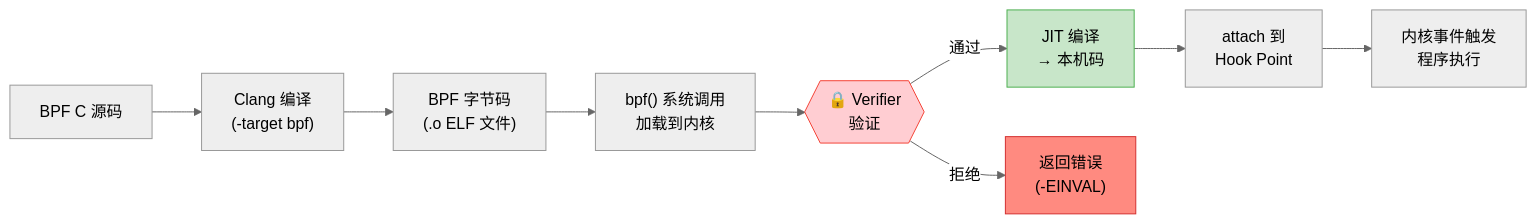
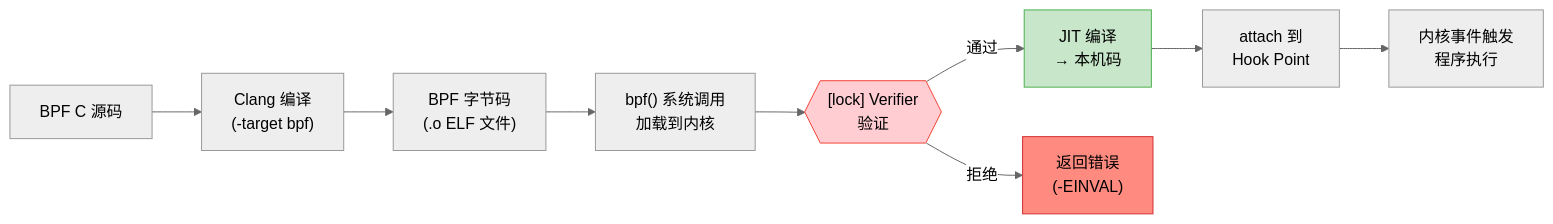
The second of 5 diagrams in docs/guide/ops/ebpf-networking.md (SKT-Shurima/NetworkMastery), drawn with Mermaid (neutral theme) before and after one commit. The commit also changed other lines of this file and 54 other files, not shown here.

````diff
--- a/docs/guide/ops/ebpf-networking.md
+++ b/docs/guide/ops/ebpf-networking.md
@@ -127,15 +127,15 @@
 ```mermaid
 flowchart LR
     SRC["BPF C 源码"] --> CLANG["Clang 编译<br/>(-target bpf)"]
     CLANG --> BC["BPF 字节码<br/>(.o ELF 文件)"]
     BC --> LOAD["bpf() 系统调用<br/>加载到内核"]
-    LOAD --> VER{{"🔒 Verifier<br/>验证"}}
+    LOAD --> VER{{"[lock] Verifier<br/>验证"}}
     VER -->|"通过"| JIT["JIT 编译<br/>→ 本机码"]
     VER -->|"拒绝"| ERR["返回错误<br/>(-EINVAL)"]
     JIT --> ATTACH["attach 到<br/>Hook Point"]
     ATTACH --> RUN["内核事件触发<br/>程序执行"]
 
     style VER fill:#ffcdd2,stroke:#f44336
     style JIT fill:#c8e6c9,stroke:#4CAF50
     style ERR fill:#ff8a80,stroke:#d32f2f
 ```
````
